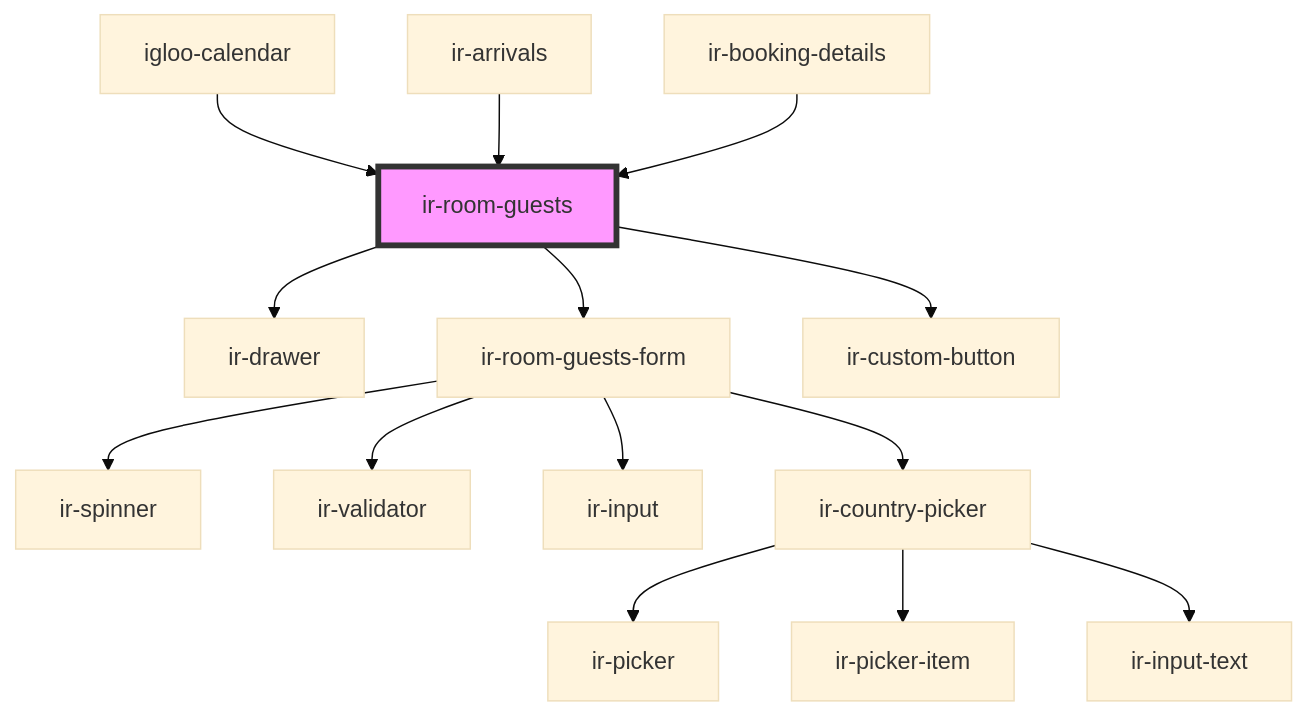
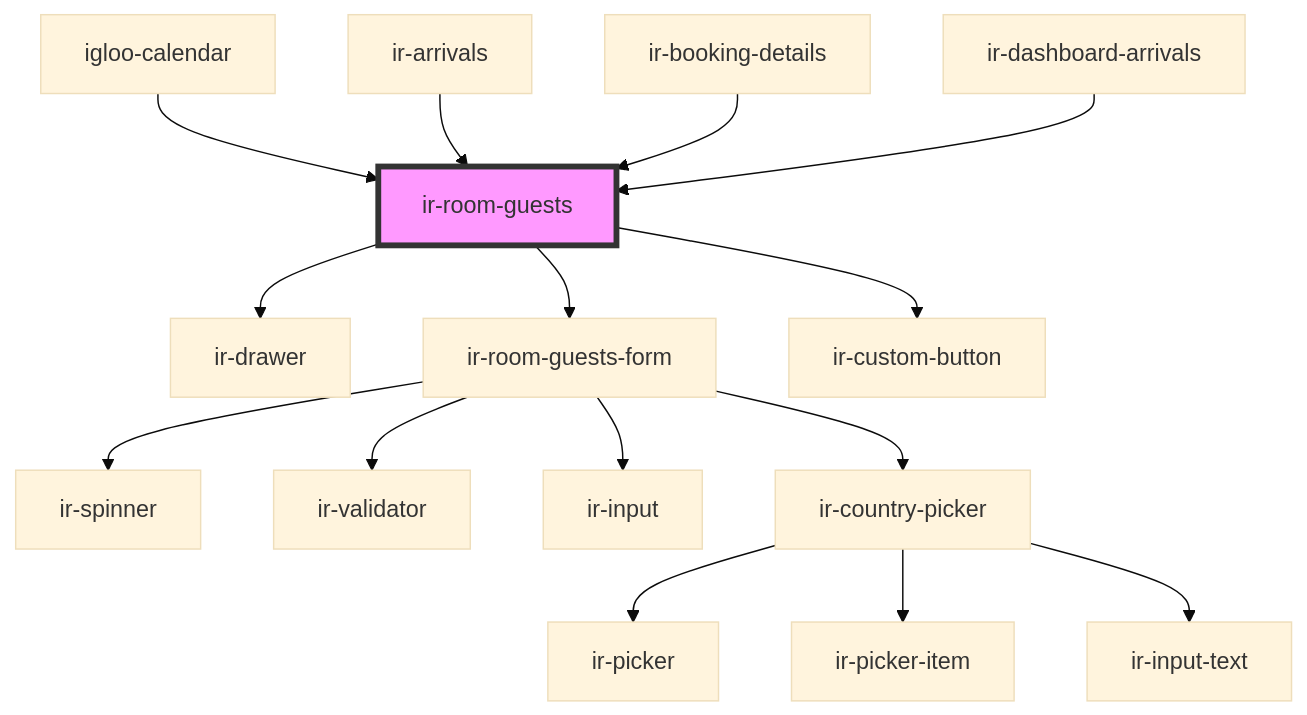
The diagram in src/components/ir-booking-details/ir-room-guests/readme.md (RonyRizk/ir-webcmp), drawn with Mermaid (base theme) before and after one commit. The commit also changed other lines of this file and 76 other files, not shown here.

````diff
--- a/src/components/ir-booking-details/ir-room-guests/readme.md
+++ b/src/components/ir-booking-details/ir-room-guests/readme.md
@@ -46,17 +47,18 @@
 ```mermaid
 graph TD;
   ir-room-guests --> ir-drawer
   ir-room-guests --> ir-room-guests-form
   ir-room-guests --> ir-custom-button
   ir-room-guests-form --> ir-spinner
   ir-room-guests-form --> ir-validator
   ir-room-guests-form --> ir-input
   ir-room-guests-form --> ir-country-picker
   ir-country-picker --> ir-picker
   ir-country-picker --> ir-picker-item
   ir-country-picker --> ir-input-text
   igloo-calendar --> ir-room-guests
   ir-arrivals --> ir-room-guests
   ir-booking-details --> ir-room-guests
+  ir-dashboard-arrivals --> ir-room-guests
   style ir-room-guests fill:#f9f,stroke:#333,stroke-width:4px
 ```
````
